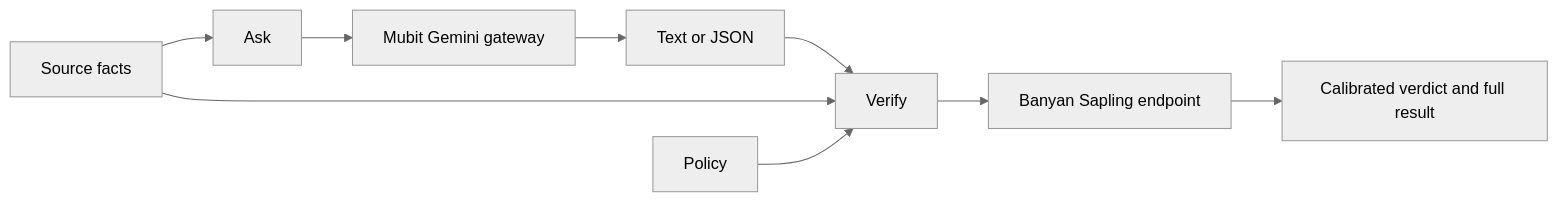
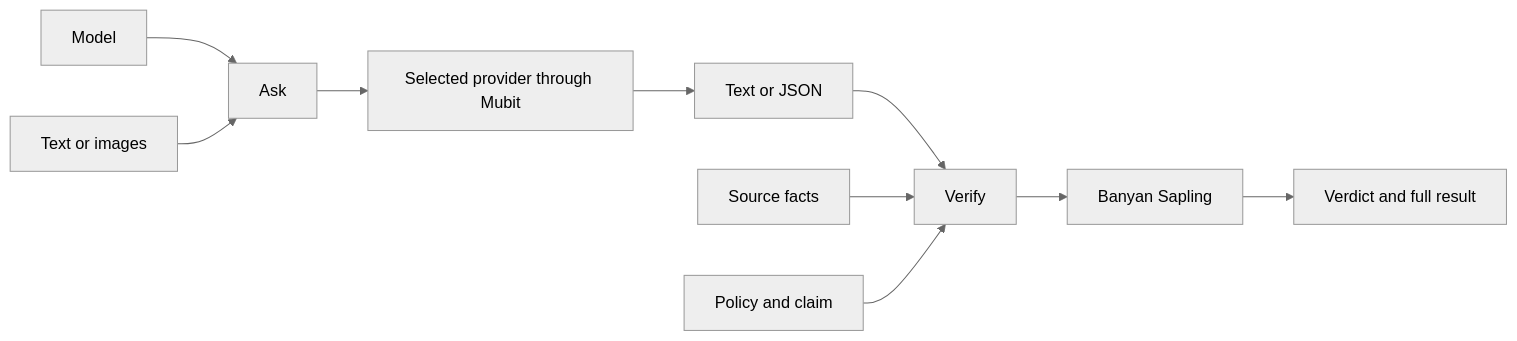
One commit to stefanionescu/comfyui-mubit changed the diagram in README.md. Above: the diagram before and after it, drawn with Mermaid (neutral theme). The commit also changed other lines of this file and 18 other files, not shown here.

First line of the commit message:
feat!: select providers and inspect images through mubit

````diff
--- a/README.md
+++ b/README.md
@@ -109,11 +90,12 @@
 ```mermaid
 flowchart LR
-    Facts[Source facts] --> Ask[Ask]
-    Ask --> Gateway[Mubit Gemini gateway]
-    Gateway --> Answer[Text or JSON]
-    Answer --> Verify[Verify]
-    Facts --> Verify
-    Policy[Policy] --> Verify
-    Verify --> Sapling[Banyan Sapling endpoint]
-    Sapling --> Result[Calibrated verdict and full result]
+    Model --> Ask
+    Inputs[Text or images] --> Ask
+    Ask --> Mubit[Selected provider through Mubit]
+    Mubit --> Answer[Text or JSON]
+    Answer --> Verify
+    Facts[Source facts] --> Verify
+    Rules[Policy and claim] --> Verify
+    Verify --> Sapling[Banyan Sapling]
+    Sapling --> Result[Verdict and full result]
 ```
````
